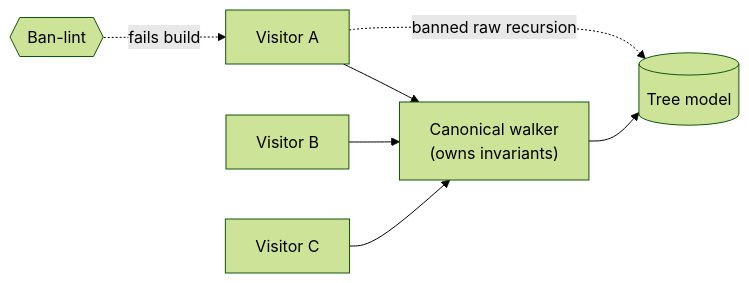
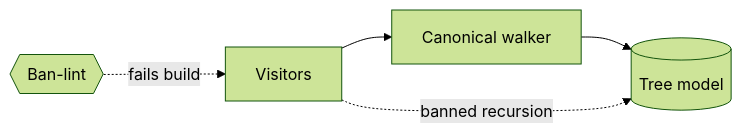
The diagram in book/appendix-fills/product/canonical-walkers.md (davisjam/agent-governance-mechanisms), drawn with Mermaid (forest theme) before and after one commit. The commit also changed other lines of this file and 21 other files, not shown here.

````diff
--- a/book/appendix-fills/product/canonical-walkers.md
+++ b/book/appendix-fills/product/canonical-walkers.md
@@ -35,9 +35,7 @@
 ```mermaid
 flowchart LR
-  C1[Visitor A] --> W
-  C2[Visitor B] --> W
-  C3[Visitor C] --> W
-  W["Canonical walker<br/>(owns invariants)"] --> T[(Tree model)]
-  C1 -. banned raw recursion .-> T
-  L{{Ban-lint}} -. fails build .-> C1
+  V[Visitors] --> W[Canonical walker]
+  W --> T[(Tree model)]
+  V -. banned recursion .-> T
+  L{{Ban-lint}} -. fails build .-> V
 ```
````
